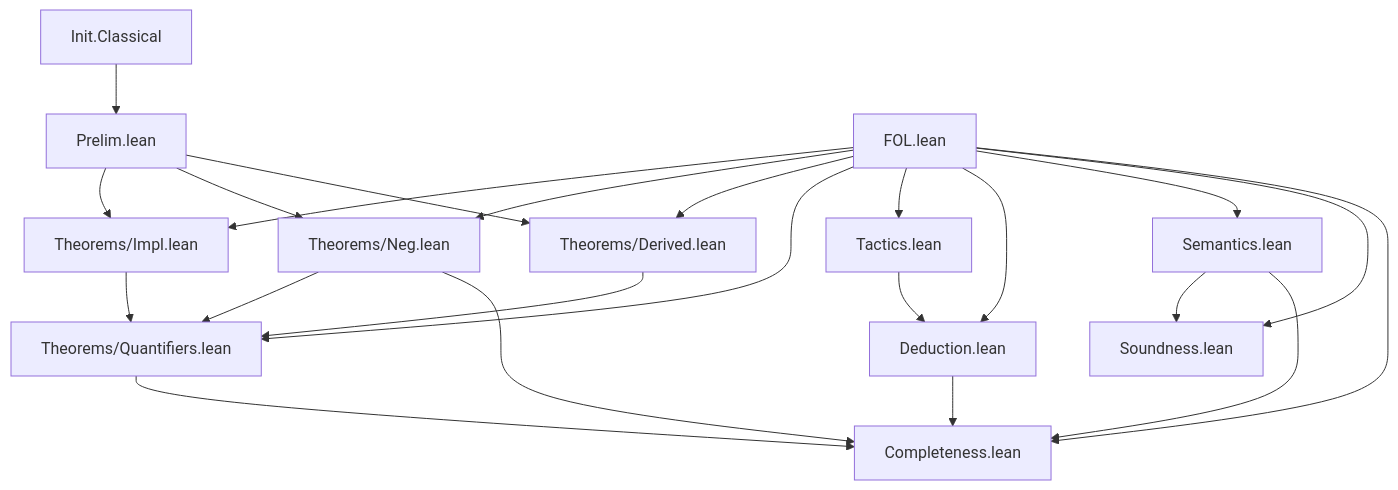
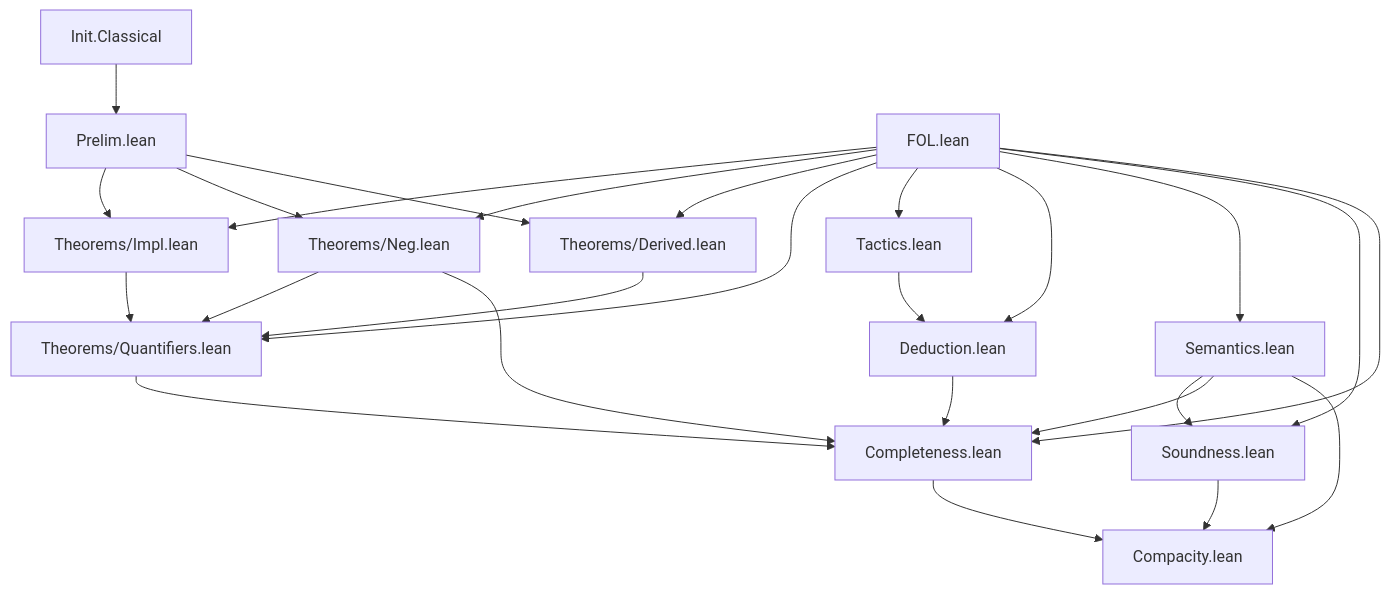
One commit to julian1c2a/FOL changed the diagram in REFERENCE.md. Above: the diagram before and after it, drawn with Mermaid. The commit also changed other lines of this file and 5 other files, not shown here.

````diff
--- a/REFERENCE.md
+++ b/REFERENCE.md
@@ -109,25 +110,28 @@
 ```mermaid
 graph TD
     IC[Init.Classical] --> P[Prelim.lean]
     P --> I[Theorems/Impl.lean]
     F[FOL.lean] --> I
     P --> N[Theorems/Neg.lean]
     F --> N
     P --> D[Theorems/Derived.lean]
     F --> D
     I --> Q[Theorems/Quantifiers.lean]
     N --> Q
     D --> Q
     F --> Q
     F --> T[Tactics.lean]
     F --> Ded[Deduction.lean]
     T --> Ded
     F --> Sem[Semantics.lean]
     Sem --> S[Soundness.lean]
     F --> S
     Sem --> C[Completeness.lean]
     Ded --> C
     N --> C
     Q --> C
     F --> C
+    C --> Comp[Compacity.lean]
+    S --> Comp
+    Sem --> Comp
 ```
````
